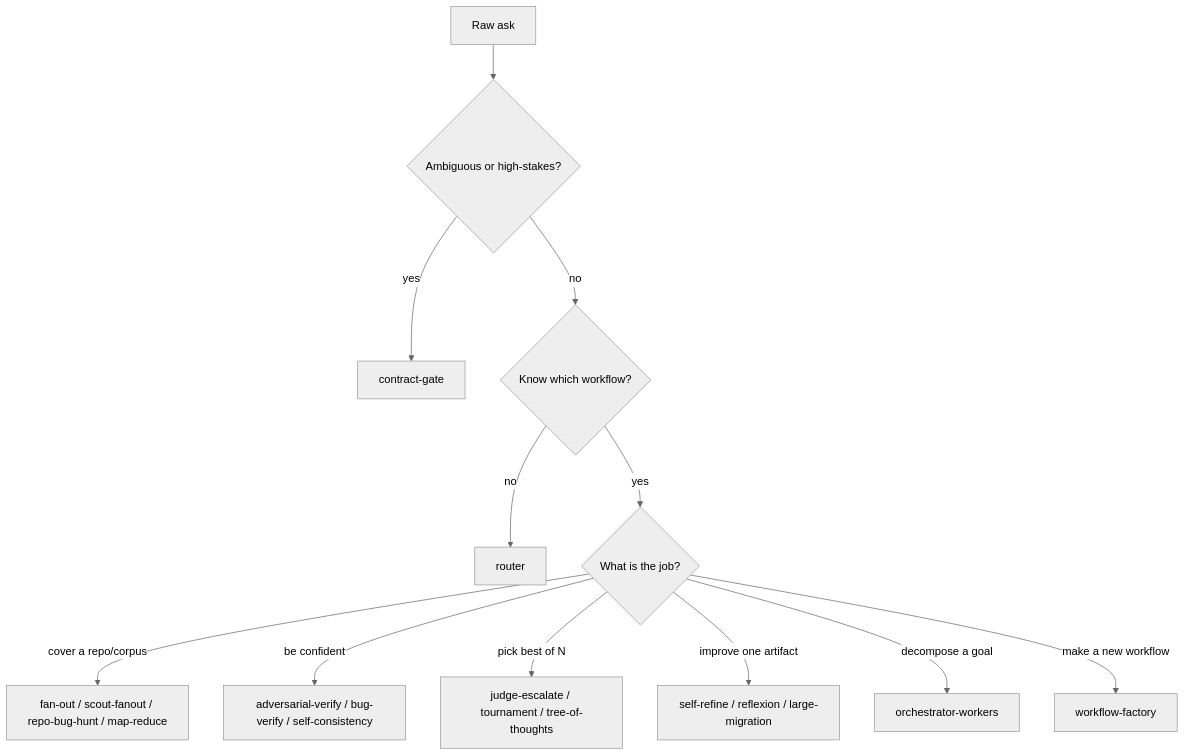
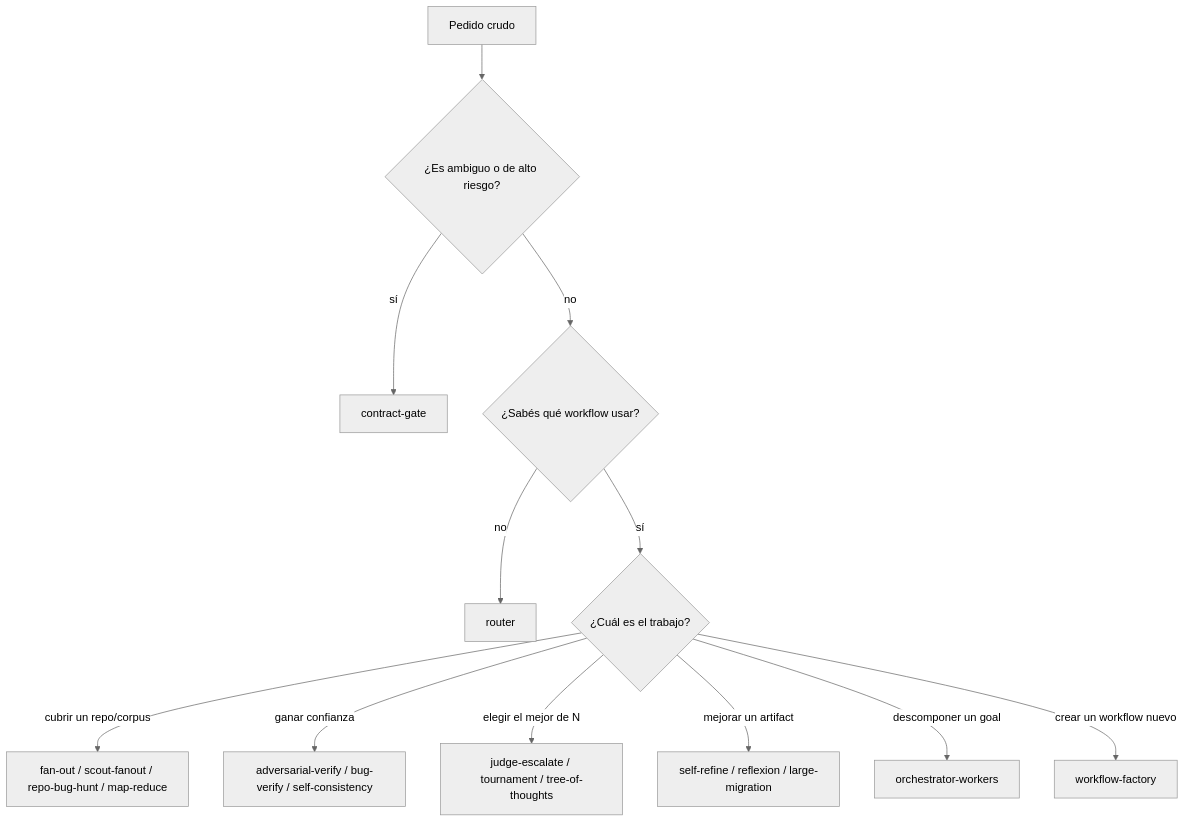
Before and after one commit to andrestobelem/pandi-extensions: the second of 5 diagrams in .claude/skills/ultracode/reference/claude-workflows/README.md, drawn with Mermaid (neutral theme). The commit also changed other lines of this file and 144 other files, not shown here.

````diff
--- a/.claude/skills/ultracode/reference/claude-workflows/README.md
+++ b/.claude/skills/ultracode/reference/claude-workflows/README.md
@@ -135,14 +127,14 @@
 ```mermaid
 flowchart TD
-  A[Raw ask] --> B{Ambiguous or high-stakes?}
-  B -- yes --> CG[contract-gate]
-  B -- no --> C{Know which workflow?}
+  A[Pedido crudo] --> B{¿Es ambiguo o de alto riesgo?}
+  B -- sí --> CG[contract-gate]
+  B -- no --> C{¿Sabés qué workflow usar?}
   C -- no --> RT[router]
-  C -- yes --> D{What is the job?}
-  D -- cover a repo/corpus --> E[fan-out / scout-fanout / repo-bug-hunt / map-reduce]
-  D -- be confident --> F[adversarial-verify / bug-verify / self-consistency]
-  D -- pick best of N --> G[judge-escalate / tournament / tree-of-thoughts]
-  D -- improve one artifact --> H[self-refine / reflexion / large-migration]
-  D -- decompose a goal --> I[orchestrator-workers]
-  D -- make a new workflow --> J[workflow-factory]
+  C -- sí --> D{¿Cuál es el trabajo?}
+  D -- cubrir un repo/corpus --> E[fan-out / scout-fanout / repo-bug-hunt / map-reduce]
+  D -- ganar confianza --> F[adversarial-verify / bug-verify / self-consistency]
+  D -- elegir el mejor de N --> G[judge-escalate / tournament / tree-of-thoughts]
+  D -- mejorar un artifact --> H[self-refine / reflexion / large-migration]
+  D -- descomponer un goal --> I[orchestrator-workers]
+  D -- crear un workflow nuevo --> J[workflow-factory]
 ```
````
